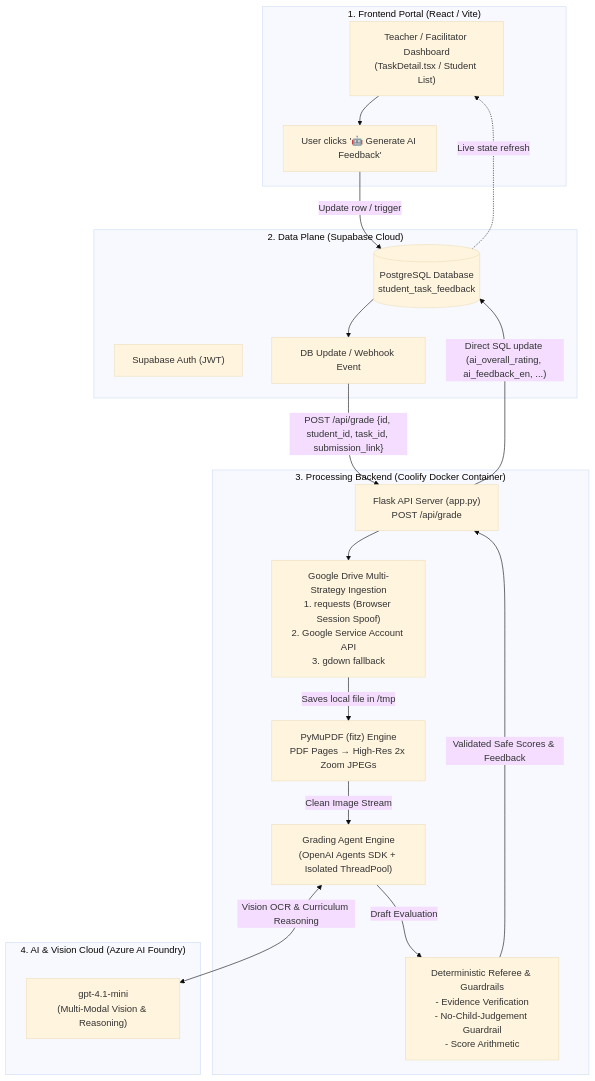
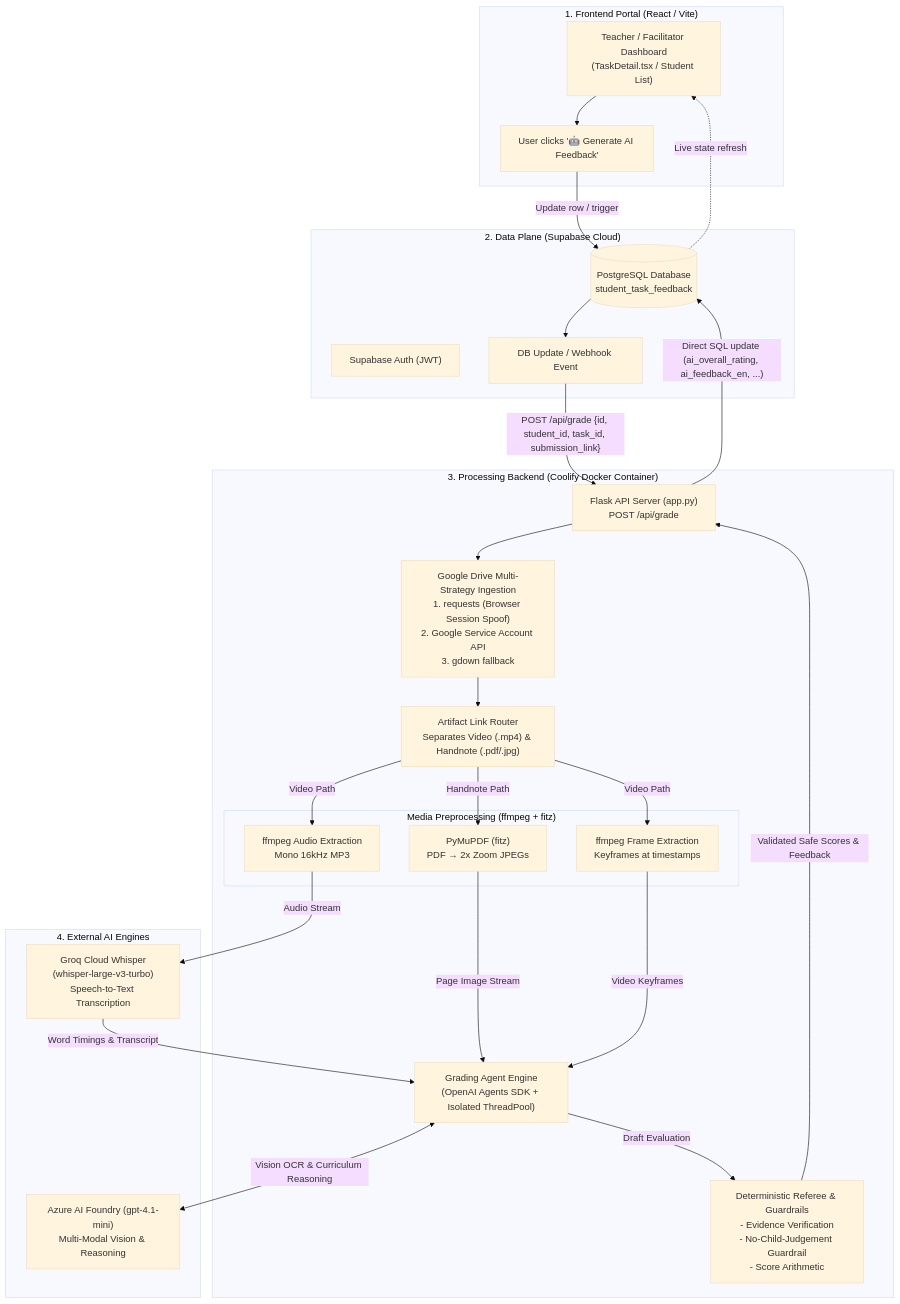
The first of 2 diagrams in AI_GRADING_AGENT_SYSTEM_WORKFLOW.md (Piyush105454/academy-test), drawn with Mermaid (base theme) before and after one commit. The commit also changed other lines of this file, not shown here.

Commit message:
Docs: Update system architecture workflow with Groq Whisper audio pipeline and dual-artifact specifications

````diff
--- a/AI_GRADING_AGENT_SYSTEM_WORKFLOW.md
+++ b/AI_GRADING_AGENT_SYSTEM_WORKFLOW.md
@@ -25,38 +32,55 @@
 ```mermaid
 flowchart TD
     subgraph Client ["1. Frontend Portal (React / Vite)"]
         TeacherUI["Teacher / Facilitator Dashboard\n(TaskDetail.tsx / Student List)"]
         TriggerBtn["User clicks '🤖 Generate AI Feedback'"]
     end
 
     subgraph SupabaseCloud ["2. Data Plane (Supabase Cloud)"]
         Auth["Supabase Auth (JWT)"]
         DB[("PostgreSQL Database\nstudent_task_feedback")]
         TriggerEvent["DB Update / Webhook Event"]
     end
 
     subgraph CoolifyContainer ["3. Processing Backend (Coolify Docker Container)"]
         FlaskAPI["Flask API Server (app.py)\nPOST /api/grade"]
         DriveDownloader["Google Drive Multi-Strategy Ingestion\n1. requests (Browser Session Spoof)\n2. Google Service Account API\n3. gdown fallback"]
-        Rasterizer["PyMuPDF (fitz) Engine\nPDF Pages → High-Res 2x Zoom JPEGs"]
+        ArtifactRouter["Artifact Link Router\nSeparates Video (.mp4) & Handnote (.pdf/.jpg)"]
+        
+        subgraph Preprocessors ["Media Preprocessing (ffmpeg + fitz)"]
+            PyMuPDF["PyMuPDF (fitz)\nPDF → 2x Zoom JPEGs"]
+            AudioExtractor["ffmpeg Audio Extraction\nMono 16kHz MP3"]
+            FrameExtractor["ffmpeg Frame Extraction\nKeyframes at timestamps"]
+        end
+
         AgentCore["Grading Agent Engine\n(OpenAI Agents SDK + Isolated ThreadPool)"]
         SafetyReferee["Deterministic Referee & Guardrails\n- Evidence Verification\n- No-Child-Judgement Guardrail\n- Score Arithmetic"]
     end
 
-    subgraph LLMCloud ["4. AI & Vision Cloud (Azure AI Foundry)"]
-        AzureModel["gpt-4.1-mini\n(Multi-Modal Vision & Reasoning)"]
+    subgraph CloudAI ["4. External AI Engines"]
+        GroqWhisper["Groq Cloud Whisper\n(whisper-large-v3-turbo)\nSpeech-to-Text Transcription"]
+        AzureModel["Azure AI Foundry (gpt-4.1-mini)\nMulti-Modal Vision & Reasoning"]
     end
 
     TeacherUI --> TriggerBtn
     TriggerBtn -->|"Update row / trigger"| DB
     DB --> TriggerEvent
     TriggerEvent -->|"POST /api/grade {id, student_id, task_id, submission_link}"| FlaskAPI
     FlaskAPI --> DriveDownloader
-    DriveDownloader -->|"Saves local file in /tmp"| Rasterizer
-    Rasterizer -->|"Clean Image Stream"| AgentCore
+    DriveDownloader --> ArtifactRouter
+    
+    ArtifactRouter -->|"Handnote Path"| PyMuPDF
+    ArtifactRouter -->|"Video Path"| AudioExtractor
+    ArtifactRouter -->|"Video Path"| FrameExtractor
+    
+    AudioExtractor -->|"Audio Stream"| GroqWhisper
+    PyMuPDF -->|"Page Image Stream"| AgentCore
+    FrameExtractor -->|"Video Keyframes"| AgentCore
+    GroqWhisper -->|"Word Timings & Transcript"| AgentCore
+    
     AgentCore <-->|"Vision OCR & Curriculum Reasoning"| AzureModel
     AgentCore -->|"Draft Evaluation"| SafetyReferee
     SafetyReferee -->|"Validated Safe Scores & Feedback"| FlaskAPI
     FlaskAPI -->|"Direct SQL update (ai_overall_rating, ai_feedback_en, ...)"| DB
     DB -.->|"Live state refresh"| TeacherUI
 ```
````
